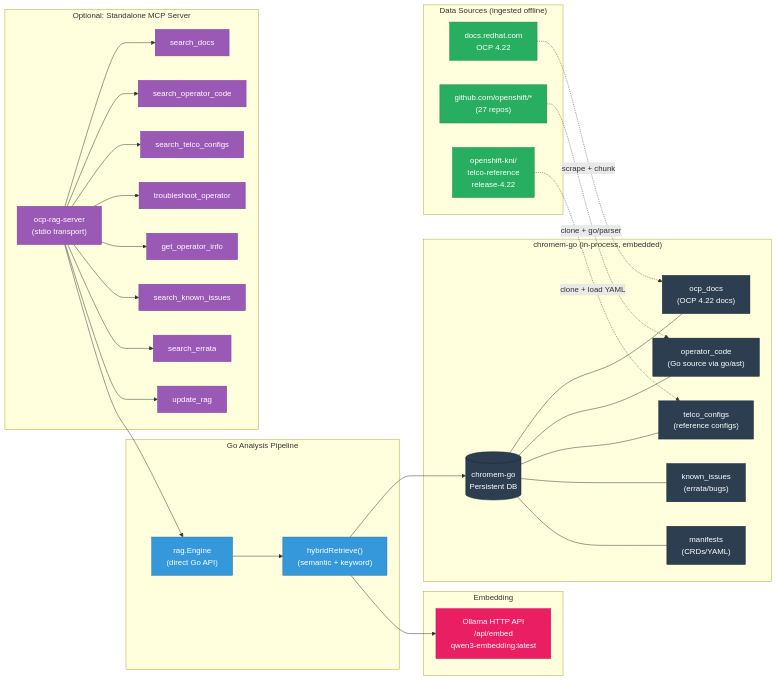
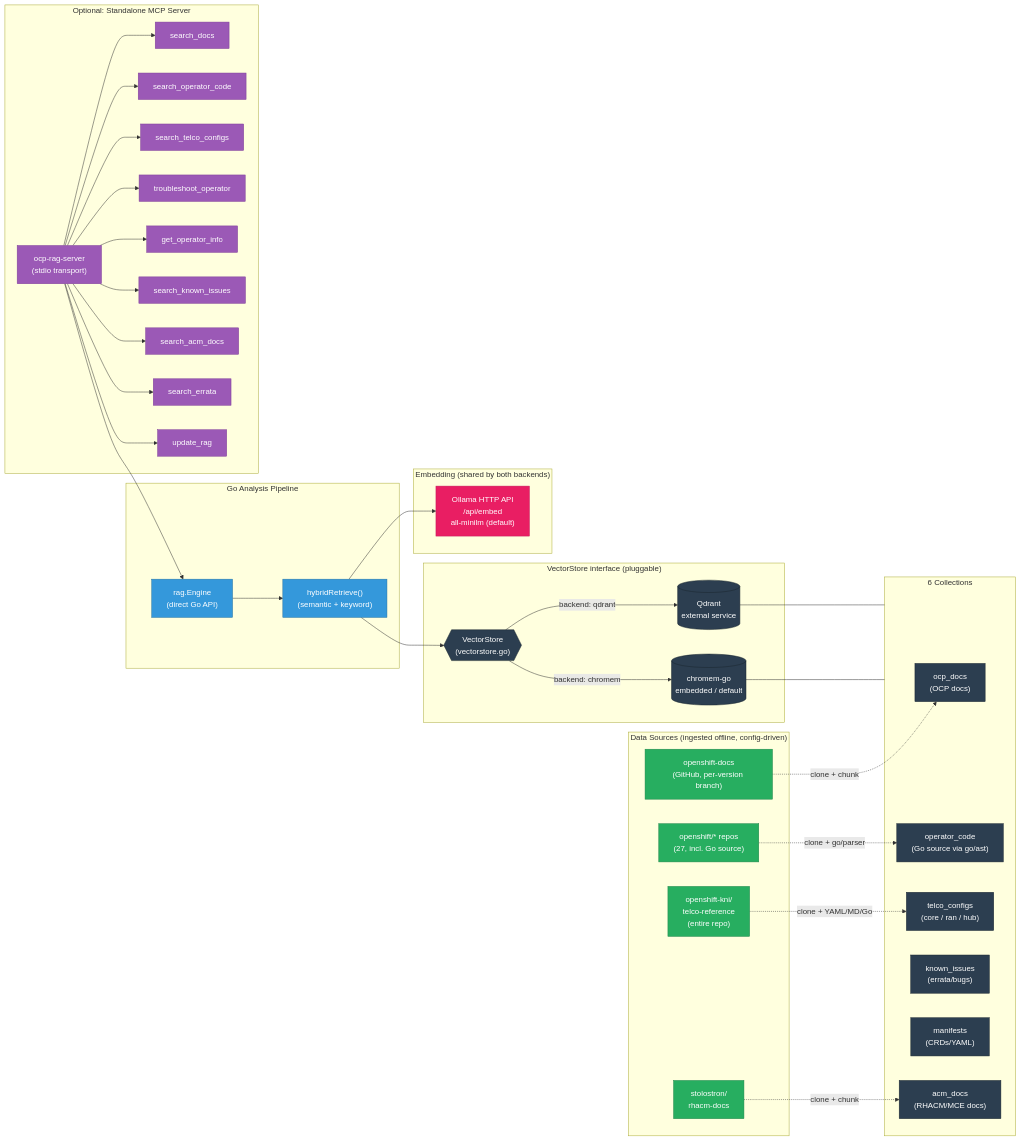
Before and after one commit to midu16/opm-troubleshooting: the fifth of 9 diagrams in docs/architecture.md, drawn with Mermaid. The commit also changed other lines of this file, not shown here.

Commit message:
update architecture

````diff
--- a/docs/architecture.md
+++ b/docs/architecture.md
@@ -356,66 +374,75 @@
 ```mermaid
 flowchart LR
     subgraph Go["Go Analysis Pipeline"]
         ENGINE["rag.Engine\n(direct Go API)"]
         HYBRID["hybridRetrieve()\n(semantic + keyword)"]
         ENGINE --> HYBRID
     end
 
-    HYBRID --> CHROMEM
+    HYBRID --> VS
 
-    subgraph Store["chromem-go (in-process, embedded)"]
-        CHROMEM[("chromem-go\nPersistent DB")]
-        C1["ocp_docs\n(OCP 4.22 docs)"]
+    subgraph Backend["VectorStore interface (pluggable)"]
+        VS{{"VectorStore\n(vectorstore.go)"}}
+        CHROMEM[("chromem-go\nembedded / default")]
+        QD[("Qdrant\nexternal service")]
+        VS -->|"backend: chromem"| CHROMEM
+        VS -->|"backend: qdrant"| QD
+    end
+
+    subgraph Collections["6 Collections"]
+        C1["ocp_docs\n(OCP docs)"]
         C2["operator_code\n(Go source via go/ast)"]
-        C3["telco_configs\n(reference configs)"]
+        C3["telco_configs\n(core / ran / hub)"]
         C4["known_issues\n(errata/bugs)"]
         C5["manifests\n(CRDs/YAML)"]
-        CHROMEM --- C1
-        CHROMEM --- C2
-        CHROMEM --- C3
-        CHROMEM --- C4
-        CHROMEM --- C5
+        C6["acm_docs\n(RHACM/MCE docs)"]
     end
 
-    subgraph Embed["Embedding"]
-        OLLAMA["Ollama HTTP API\n/api/embed\nqwen3-embedding:latest"]
+    CHROMEM --- Collections
+    QD --- Collections
+
+    subgraph Embed["Embedding (shared by both backends)"]
+        OLLAMA["Ollama HTTP API\n/api/embed\nall-minilm (default)"]
     end
 
     HYBRID --> OLLAMA
 
-    subgraph Sources["Data Sources (ingested offline)"]
-        RH["docs.redhat.com\nOCP 4.22"]
-        GH["github.com/openshift/*\n(27 repos)"]
-        TELCO["openshift-kni/\ntelco-reference\nrelease-4.22"]
+    subgraph Sources["Data Sources (ingested offline, config-driven)"]
+        GHDOCS["openshift-docs\n(GitHub, per-version branch)"]
+        GH["openshift/* repos\n(27, incl. Go source)"]
+        TELCO["openshift-kni/\ntelco-reference\n(entire repo)"]
+        ACM["stolostron/\nrhacm-docs"]
     end
 
-    RH -.->|"scrape + chunk"| C1
+    GHDOCS -.->|"clone + chunk"| C1
     GH -.->|"clone + go/parser"| C2
-    TELCO -.->|"clone + load YAML"| C3
+    TELCO -.->|"clone + YAML/MD/Go"| C3
+    ACM -.->|"clone + chunk"| C6
 
     subgraph MCP["Optional: Standalone MCP Server"]
         SRV["ocp-rag-server\n(stdio transport)"]
         T1["search_docs"]
         T2["search_operator_code"]
         T3["search_telco_configs"]
         T4["troubleshoot_operator"]
         T5["get_operator_info"]
         T6["search_known_issues"]
-        T7["search_errata"]
-        T8["update_rag"]
-        SRV --> T1 & T2 & T3 & T4 & T5 & T6 & T7 & T8
+        T7["search_acm_docs"]
+        T8["search_errata"]
+        T9["update_rag"]
+        SRV --> T1 & T2 & T3 & T4 & T5 & T6 & T7 & T8 & T9
     end
 
     SRV --> ENGINE
 
     classDef go fill:#3498db,stroke:#2471a3,color:#fff
     classDef store fill:#2c3e50,stroke:#1a252f,color:#fff
     classDef source fill:#27ae60,stroke:#1e8449,color:#fff
     classDef embed fill:#e91e63,stroke:#c2185b,color:#fff
     classDef mcp fill:#9b59b6,stroke:#7d3c98,color:#fff
     class ENGINE,HYBRID go
-    class CHROMEM,C1,C2,C3,C4,C5 store
-    class RH,GH,TELCO source
+    class VS,CHROMEM,QD,C1,C2,C3,C4,C5,C6 store
+    class GHDOCS,GH,TELCO,ACM source
     class OLLAMA embed
-    class SRV,T1,T2,T3,T4,T5,T6,T7,T8 mcp
+    class SRV,T1,T2,T3,T4,T5,T6,T7,T8,T9 mcp
 ```
````
